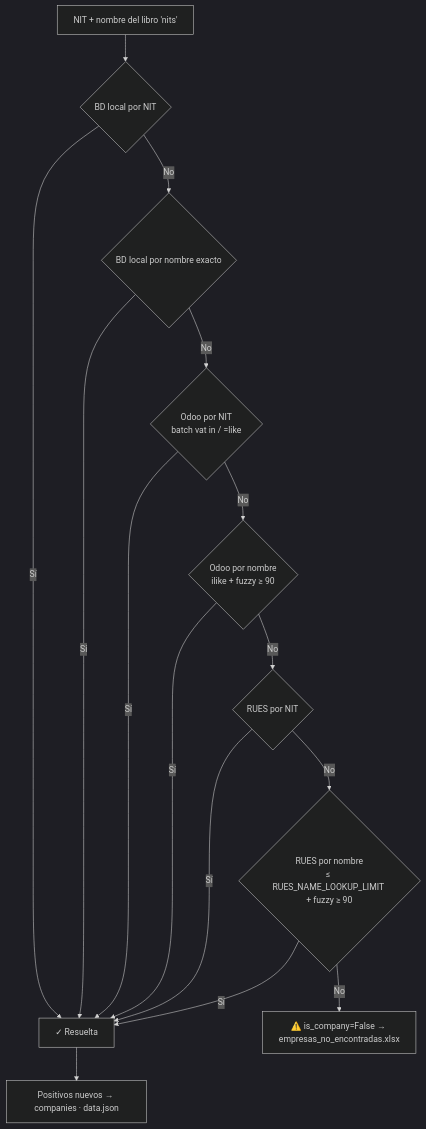
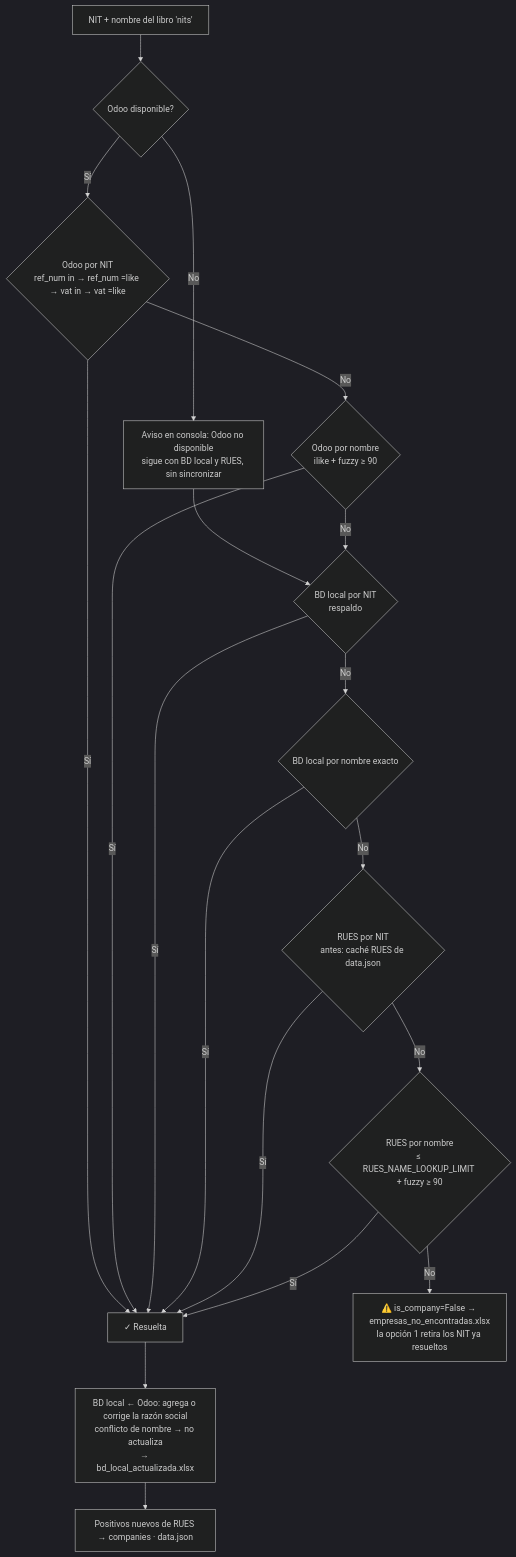
Before and after one commit to santo2409/Facturacion: the seventh of 12 diagrams in docs/c4-diagrams.md, drawn with Mermaid (dark theme). The commit also changed other lines of this file, not shown here.

Commit message:
docs(docs): update c4-diagrams

````diff
--- a/docs/c4-diagrams.md
+++ b/docs/c4-diagrams.md
@@ -375,17 +375,21 @@
 ```mermaid
 flowchart TD
-    START[NIT + nombre del libro 'nits'] --> A{BD local por NIT}
+    START[NIT + nombre del libro 'nits'] --> CON{Odoo disponible?}
+    CON -->|No| NA["Aviso en consola: Odoo no disponible<br/>sigue con BD local y RUES, sin sincronizar"]
+    CON -->|Sí| A{Odoo por NIT<br/>ref_num in → ref_num =like → vat in → vat =like}
+    NA --> C
     A -->|Sí| OK[✓ Resuelta]
-    A -->|No| B{BD local por nombre exacto}
+    A -->|No| B{Odoo por nombre<br/>ilike + fuzzy ≥ 90}
     B -->|Sí| OK
-    B -->|No| C{Odoo por NIT<br/>batch vat in / =like}
+    B -->|No| C{BD local por NIT<br/>respaldo}
     C -->|Sí| OK
-    C -->|No| D{Odoo por nombre<br/>ilike + fuzzy ≥ 90}
+    C -->|No| D{BD local por nombre exacto}
     D -->|Sí| OK
-    D -->|No| E{RUES por NIT}
+    D -->|No| E{RUES por NIT<br/>antes: caché RUES de data.json}
     E -->|Sí| OK
     E -->|No| F{RUES por nombre<br/>≤ RUES_NAME_LOOKUP_LIMIT + fuzzy ≥ 90}
     F -->|Sí| OK
-    F -->|No| G["⚠️ is_company=False → empresas_no_encontradas.xlsx"]
-    OK --> H[Positivos nuevos → companies · data.json]
+    F -->|No| G["⚠️ is_company=False → empresas_no_encontradas.xlsx<br/>la opción 1 retira los NIT ya resueltos"]
+    OK --> SYNC["BD local ← Odoo: agrega o corrige la razón social<br/>conflicto de nombre → no actualiza<br/>→ bd_local_actualizada.xlsx"]
+    SYNC --> H[Positivos nuevos de RUES → companies · data.json]
 ```
````
